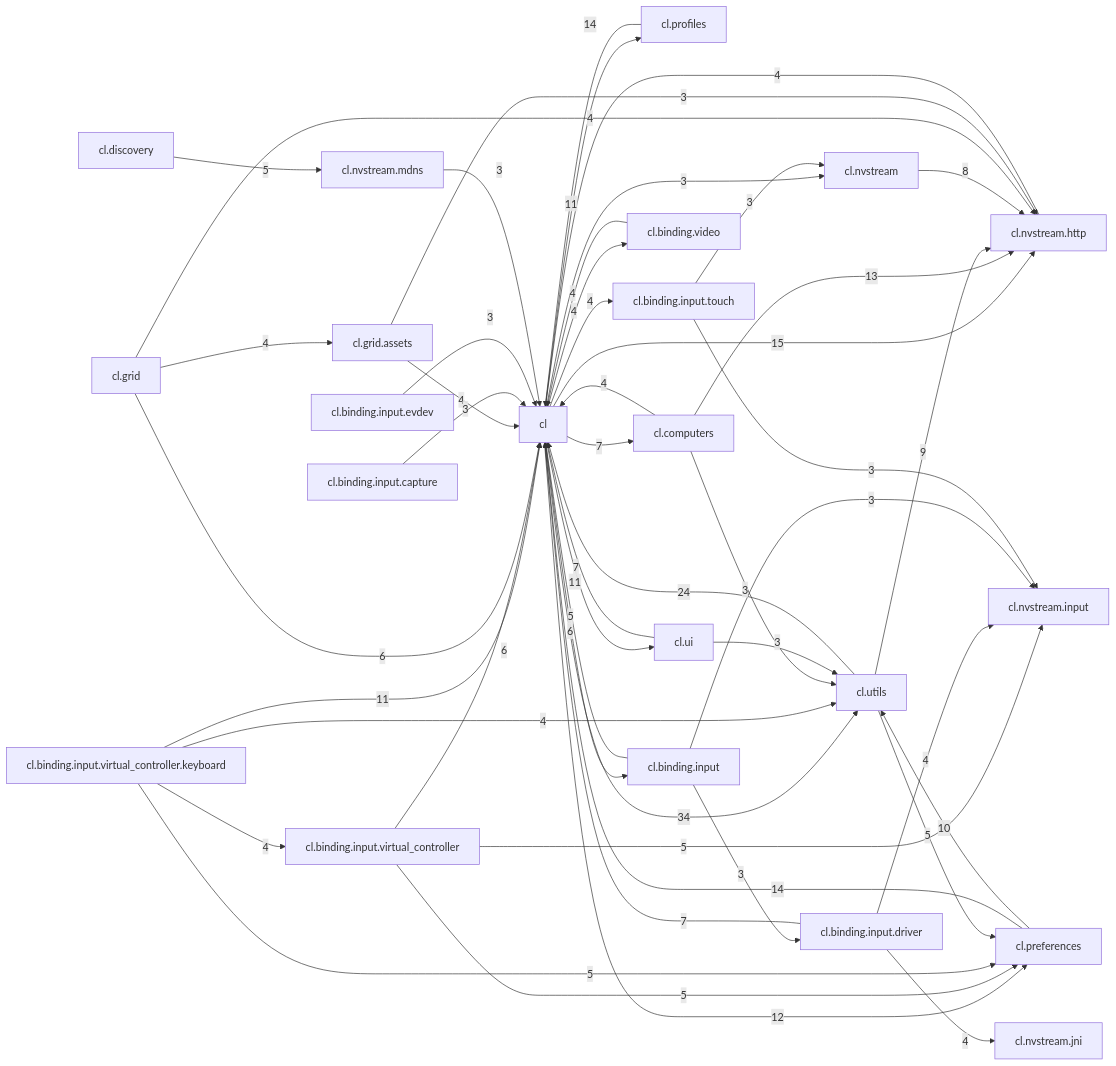
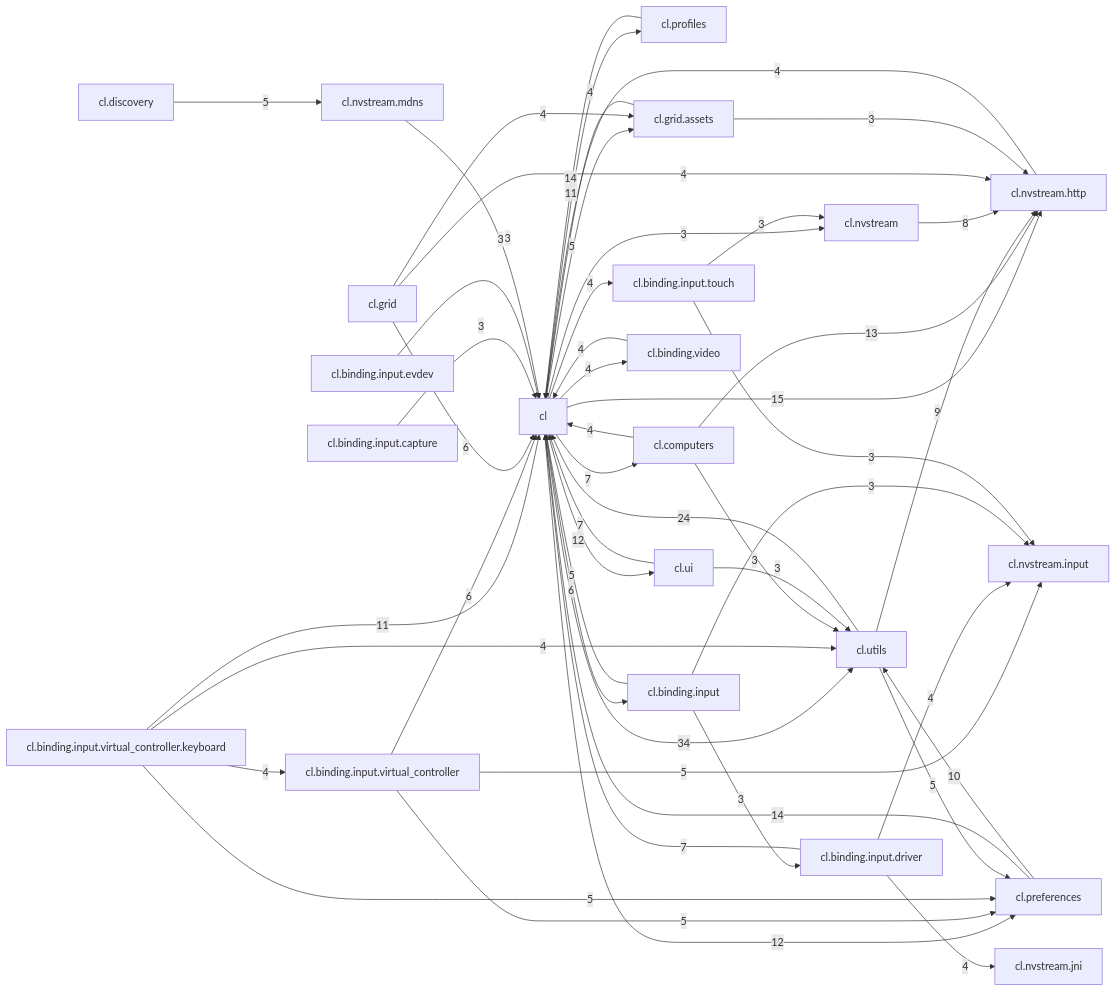
The diagram in docs/maps/DEPENDENCY_GRAPH.md (Rafael-CN/vibe-artemis), drawn with Mermaid before and after one commit. The commit also changed other lines of this file and 9 other files, not shown here.

````diff
--- a/docs/maps/DEPENDENCY_GRAPH.md
+++ b/docs/maps/DEPENDENCY_GRAPH.md
@@ -46,51 +46,52 @@
 ```mermaid
 graph LR
   cl["cl"] -->|34| cl_utils["cl.utils"]
   cl_utils["cl.utils"] -->|24| cl["cl"]
   cl["cl"] -->|15| cl_nvstream_http["cl.nvstream.http"]
   cl_preferences["cl.preferences"] -->|14| cl["cl"]
   cl_profiles["cl.profiles"] -->|14| cl["cl"]
   cl_computers["cl.computers"] -->|13| cl_nvstream_http["cl.nvstream.http"]
   cl["cl"] -->|12| cl_preferences["cl.preferences"]
+  cl["cl"] -->|12| cl_ui["cl.ui"]
   cl["cl"] -->|11| cl_profiles["cl.profiles"]
-  cl["cl"] -->|11| cl_ui["cl.ui"]
   cl_binding_input_virtual_controller_keyboard["cl.binding.input.virtual_controller.keyboard"] -->|11| cl["cl"]
   cl_preferences["cl.preferences"] -->|10| cl_utils["cl.utils"]
   cl_utils["cl.utils"] -->|9| cl_nvstream_http["cl.nvstream.http"]
   cl_nvstream["cl.nvstream"] -->|8| cl_nvstream_http["cl.nvstream.http"]
   cl["cl"] -->|7| cl_computers["cl.computers"]
   cl_binding_input_driver["cl.binding.input.driver"] -->|7| cl["cl"]
   cl_ui["cl.ui"] -->|7| cl["cl"]
   cl["cl"] -->|6| cl_binding_input["cl.binding.input"]
   cl_binding_input_virtual_controller["cl.binding.input.virtual_controller"] -->|6| cl["cl"]
   cl_grid["cl.grid"] -->|6| cl["cl"]
+  cl["cl"] -->|5| cl_grid_assets["cl.grid.assets"]
   cl_binding_input["cl.binding.input"] -->|5| cl["cl"]
   cl_binding_input_virtual_controller["cl.binding.input.virtual_controller"] -->|5| cl_preferences["cl.preferences"]
   cl_binding_input_virtual_controller["cl.binding.input.virtual_controller"] -->|5| cl_nvstream_input["cl.nvstream.input"]
   cl_binding_input_virtual_controller_keyboard["cl.binding.input.virtual_controller.keyboard"] -->|5| cl_preferences["cl.preferences"]
   cl_discovery["cl.discovery"] -->|5| cl_nvstream_mdns["cl.nvstream.mdns"]
   cl_utils["cl.utils"] -->|5| cl_preferences["cl.preferences"]
   cl["cl"] -->|4| cl_binding_input_touch["cl.binding.input.touch"]
   cl["cl"] -->|4| cl_binding_video["cl.binding.video"]
   cl_binding_input_driver["cl.binding.input.driver"] -->|4| cl_nvstream_jni["cl.nvstream.jni"]
   cl_binding_input_driver["cl.binding.input.driver"] -->|4| cl_nvstream_input["cl.nvstream.input"]
   cl_binding_input_virtual_controller_keyboard["cl.binding.input.virtual_controller.keyboard"] -->|4| cl_binding_input_virtual_controller["cl.binding.input.virtual_controller"]
   cl_binding_input_virtual_controller_keyboard["cl.binding.input.virtual_controller.keyboard"] -->|4| cl_utils["cl.utils"]
   cl_binding_video["cl.binding.video"] -->|4| cl["cl"]
   cl_computers["cl.computers"] -->|4| cl["cl"]
   cl_grid["cl.grid"] -->|4| cl_nvstream_http["cl.nvstream.http"]
   cl_grid["cl.grid"] -->|4| cl_grid_assets["cl.grid.assets"]
   cl_grid_assets["cl.grid.assets"] -->|4| cl["cl"]
   cl_nvstream_http["cl.nvstream.http"] -->|4| cl["cl"]
   cl["cl"] -->|3| cl_nvstream["cl.nvstream"]
   cl_binding_input["cl.binding.input"] -->|3| cl_binding_input_driver["cl.binding.input.driver"]
   cl_binding_input["cl.binding.input"] -->|3| cl_nvstream_input["cl.nvstream.input"]
   cl_binding_input_capture["cl.binding.input.capture"] -->|3| cl["cl"]
   cl_binding_input_evdev["cl.binding.input.evdev"] -->|3| cl["cl"]
   cl_binding_input_touch["cl.binding.input.touch"] -->|3| cl_nvstream["cl.nvstream"]
   cl_binding_input_touch["cl.binding.input.touch"] -->|3| cl_nvstream_input["cl.nvstream.input"]
   cl_computers["cl.computers"] -->|3| cl_utils["cl.utils"]
   cl_grid_assets["cl.grid.assets"] -->|3| cl_nvstream_http["cl.nvstream.http"]
   cl_nvstream_mdns["cl.nvstream.mdns"] -->|3| cl["cl"]
   cl_ui["cl.ui"] -->|3| cl_utils["cl.utils"]
 ```
````
